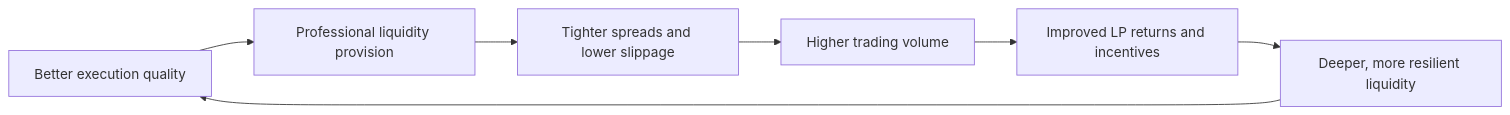
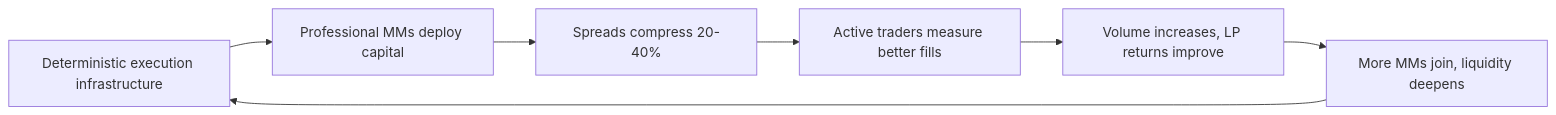
The first of 2 diagrams in docs/gtm-content/04-value-proposition.md (shizong888/tier1-gtm), drawn with Mermaid before and after one commit. The commit also changed other lines of this file and 10 other files, not shown here.

````diff
--- a/docs/gtm-content/04-value-proposition.md
+++ b/docs/gtm-content/04-value-proposition.md
@@ -59,9 +98,9 @@
 ```mermaid
 graph LR
-    A[Better execution quality] --> B[Professional liquidity provision]
-    B --> C[Tighter spreads and lower slippage]
-    C --> D[Higher trading volume]
-    D --> E[Improved LP returns and incentives]
-    E --> F[Deeper, more resilient liquidity]
+    A[Deterministic execution infrastructure] --> B[Professional MMs deploy capital]
+    B --> C[Spreads compress 20-40%]
+    C --> D[Active traders measure better fills]
+    D --> E[Volume increases, LP returns improve]
+    E --> F[More MMs join, liquidity deepens]
     F --> A
 ```
````
